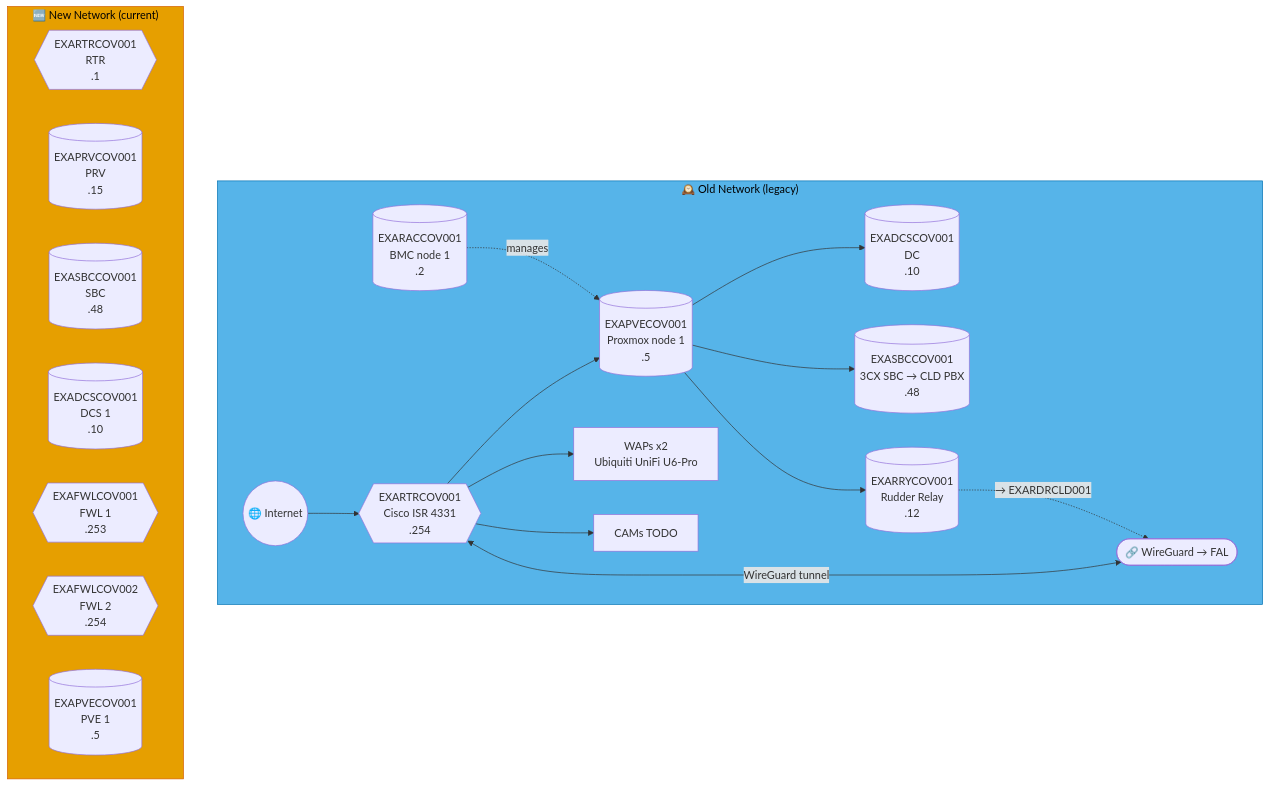
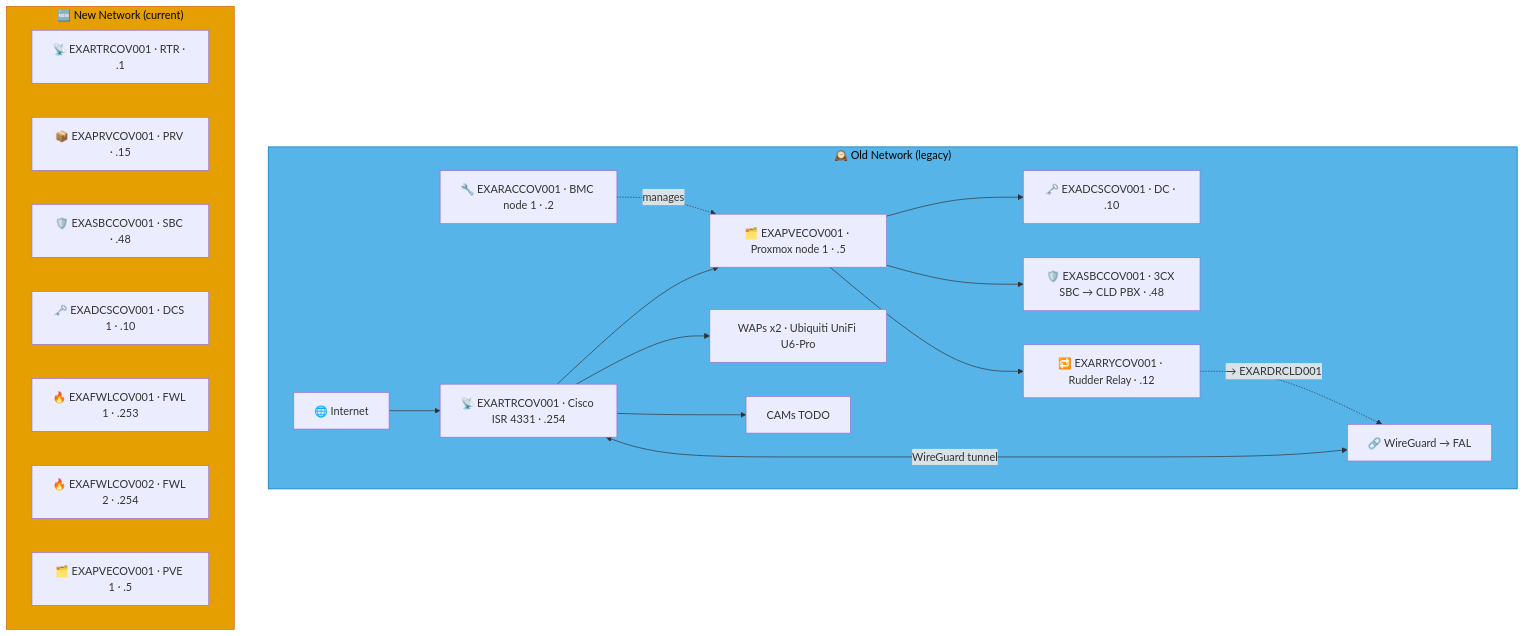
One commit to knightmare2600/example_music_infra changed diagram 17 of 51 in docs/network-diagram.md. Above: the diagram before and after it, drawn with Mermaid. The commit also changed other lines of this file and 5 other files, not shown here.

````diff
--- a/docs/network-diagram.md
+++ b/docs/network-diagram.md
@@ -1151,36 +1152,36 @@
 ```mermaid
 graph TD
     subgraph OLD_COV ["🕰️ Old Network (legacy)"]
-      INET(("🌐 Internet"))
-      RTR{{"EXARTRCOV001<br/>Cisco ISR 4331<br/>.254"}}
-      RAC[("EXARACCOV001<br/>BMC node 1<br/>.2")]
-      PVE[("EXAPVECOV001<br/>Proxmox node 1<br/>.5")]
-      DC[("EXADCSCOV001<br/>DC<br/>.10")]
-      SBC[("EXASBCCOV001<br/>3CX SBC → CLD PBX<br/>.48")]
-      RRY[("EXARRYCOV001<br/>Rudder Relay<br/>.12")]
-      WAP["WAPs x2<br/>Ubiquiti UniFi U6-Pro"]
+      INET["🌐 Internet"]
+      RTR["📡 EXARTRCOV001 · Cisco ISR 4331 · .254"]
+      RAC["🔧 EXARACCOV001 · BMC node 1 · .2"]
+      PVE["🗂️ EXAPVECOV001 · Proxmox node 1 · .5"]
+      DC["🗝️ EXADCSCOV001 · DC · .10"]
+      SBC["🛡️ EXASBCCOV001 · 3CX SBC → CLD PBX · .48"]
+      RRY["🔁 EXARRYCOV001 · Rudder Relay · .12"]
+      WAP["WAPs x2 · Ubiquiti UniFi U6-Pro"]
       CAM["CAMs TODO"]
-      VPN(["🔗 WireGuard → FAL"])
+      VPN["🔗 WireGuard → FAL"]
 
       INET --> RTR --> PVE --> DC & SBC
       RAC -.->|"manages"| PVE
       RTR --> WAP & CAM
       RTR <-->|"WireGuard tunnel"| VPN
 
       PVE --> RRY
       RRY -. "→ EXARDRCLD001" .-> VPN
     end
     style OLD_COV fill:#56B4E9,stroke:#0072B2,color:#000000
     %% GENERATED:NEW-NETWORK:COV:START
     subgraph NEW_COV ["🆕 New Network (current)"]
-      N_RTR{{"EXARTRCOV001<br/>RTR<br/>.1"}}
-      N_PRV[("EXAPRVCOV001<br/>PRV<br/>.15")]
-      N_SBC[("EXASBCCOV001<br/>SBC<br/>.48")]
-      N_DCS[("EXADCSCOV001<br/>DCS 1<br/>.10")]
-      N_FWL{{"EXAFWLCOV001<br/>FWL 1<br/>.253"}}
-      N_FWL2{{"EXAFWLCOV002<br/>FWL 2<br/>.254"}}
-      N_PVE[("EXAPVECOV001<br/>PVE 1<br/>.5")]
+      N_RTR["📡 EXARTRCOV001 · RTR · .1"]
+      N_PRV["📦 EXAPRVCOV001 · PRV · .15"]
+      N_SBC["🛡️ EXASBCCOV001 · SBC · .48"]
+      N_DCS["🗝️ EXADCSCOV001 · DCS 1 · .10"]
+      N_FWL["🔥 EXAFWLCOV001 · FWL 1 · .253"]
+      N_FWL2["🔥 EXAFWLCOV002 · FWL 2 · .254"]
+      N_PVE["🗂️ EXAPVECOV001 · PVE 1 · .5"]
     end
     style NEW_COV fill:#E69F00,stroke:#D55E00,color:#000000
     %% GENERATED:NEW-NETWORK:COV:END
 ```
````
